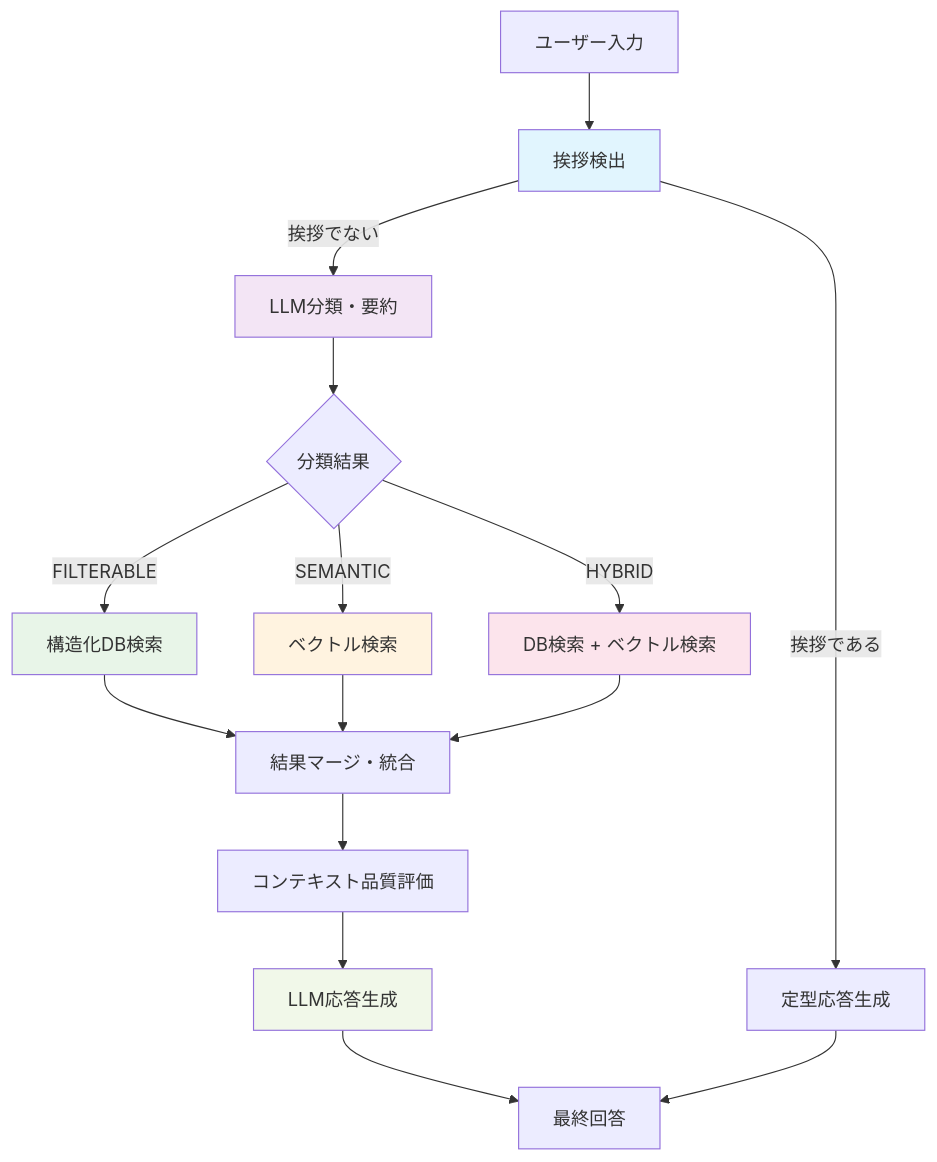
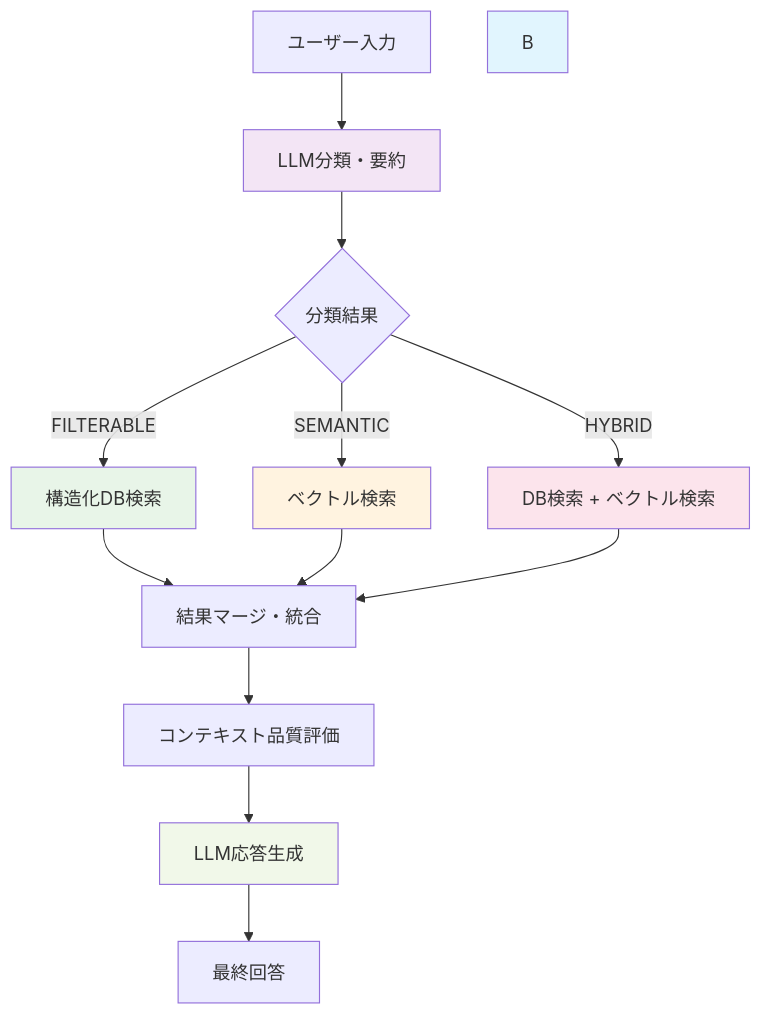
The diagram in README.md (masa2796/gamechat-ai), drawn with Mermaid before and after one commit. The commit also changed other lines of this file and 10 other files, not shown here.

````diff
--- a/README.md
+++ b/README.md
@@ -160,27 +155,24 @@
 ```mermaid
 graph TD
-    A[ユーザー入力] --> B[挨拶検出]
-    B -->|挨拶である| C[定型応答生成]
-    B -->|挨拶でない| D[LLM分類・要約]
+  A[ユーザー入力] --> D[LLM分類・要約]
     
     D --> E{分類結果}
     E -->|FILTERABLE| F[構造化DB検索]
     E -->|SEMANTIC| G[ベクトル検索]
     E -->|HYBRID| H[DB検索 + ベクトル検索]
     
     F --> I[結果マージ・統合]
     G --> I
     H --> I
     
     I --> J[コンテキスト品質評価]
     J --> K[LLM応答生成]
     K --> L[最終回答]
-    C --> L
     
     style B fill:#e1f5fe
     style D fill:#f3e5f5
     style F fill:#e8f5e8
     style G fill:#fff3e0
     style H fill:#fce4ec
     style K fill:#f1f8e9
 ```
````
